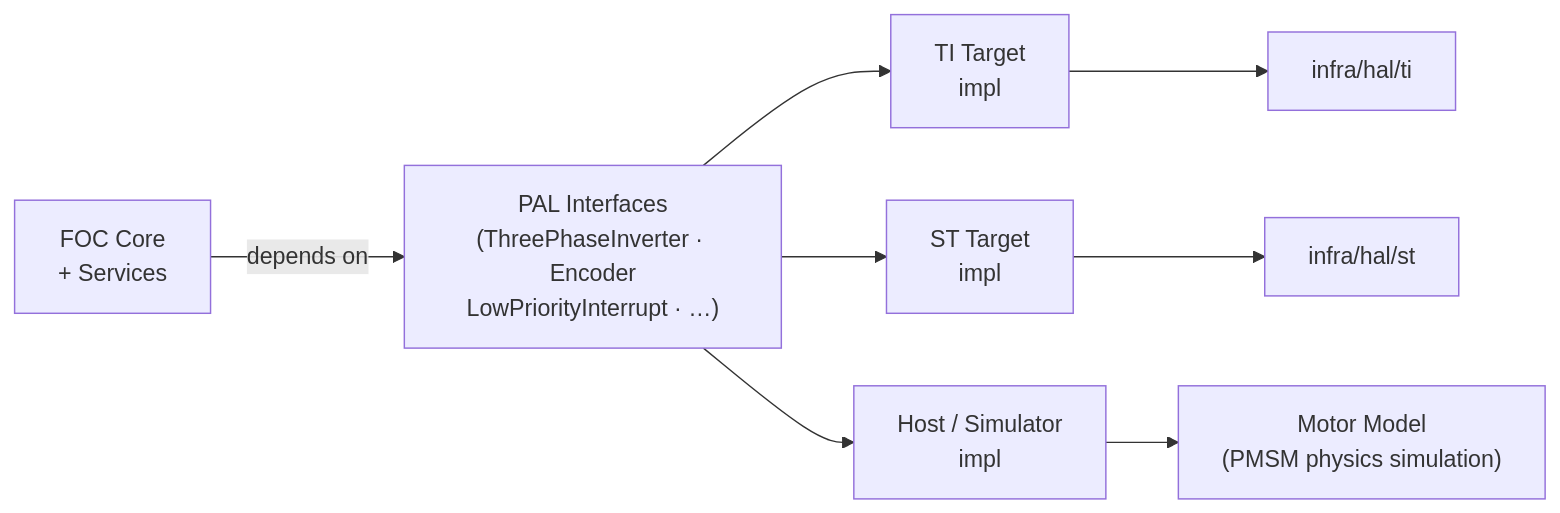
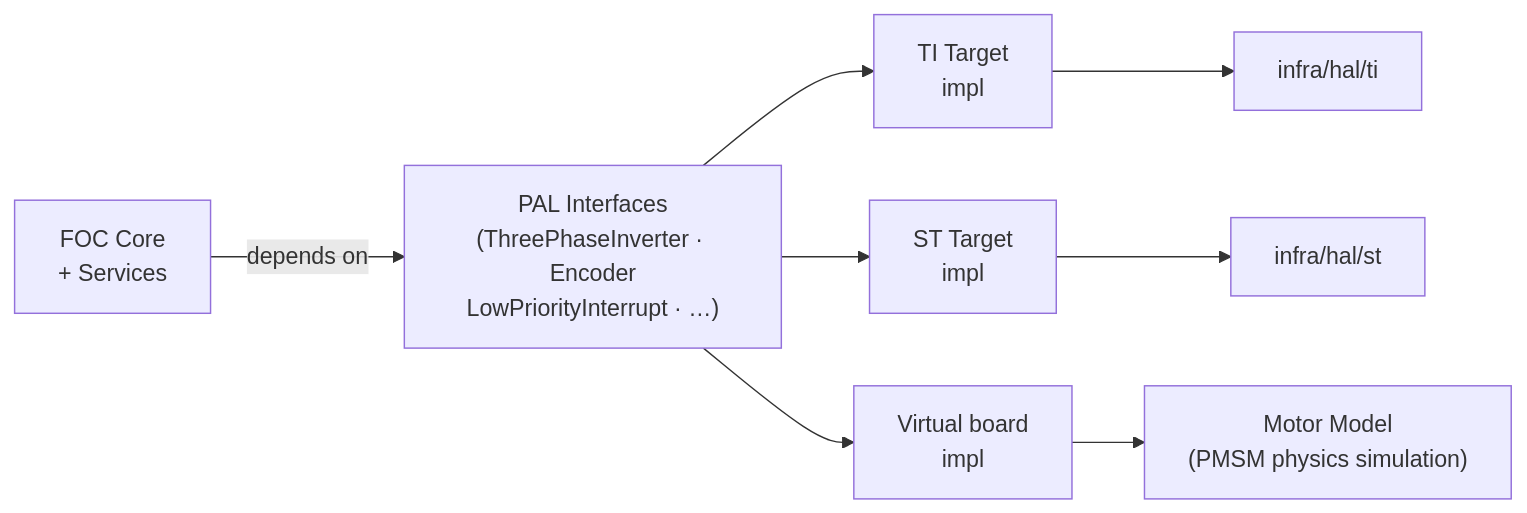
One commit to embedded-pro/e-foc changed the third of 7 diagrams in documentation/architecture/system.md. Above: the diagram before and after it, drawn with Mermaid. The commit also changed other lines of this file and 60 other files, not shown here.

First line of the commit message:
build(tools): remove the desktop simulator in favour of virtual motors (#685)

````diff
--- a/documentation/architecture/system.md
+++ b/documentation/architecture/system.md
@@ -292,10 +293,10 @@
 ```mermaid
 graph LR
     FOC_CORE["FOC Core\n+ Services"] -->|depends on| PAL_IF["PAL Interfaces\n(ThreePhaseInverter · Encoder\nLowPriorityInterrupt · …)"]
     PAL_IF --> TI["TI Target\nimpl"]
     PAL_IF --> ST["ST Target\nimpl"]
-    PAL_IF --> HOST["Host / Simulator\nimpl"]
+    PAL_IF --> HOST["Virtual board\nimpl"]
     TI --> HAL_TI["infra/hal/ti"]
     ST --> HAL_ST["infra/hal/st"]
     HOST --> SIM_MODEL["Motor Model\n(PMSM physics simulation)"]
 ```
````
